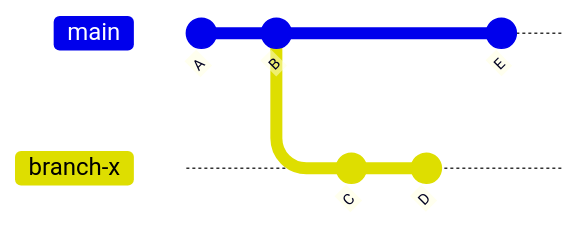
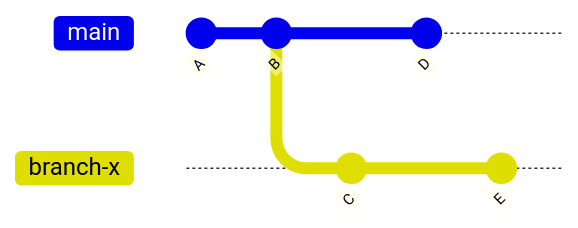
Before and after one commit to ekulno/presentations: the second of 4 diagrams in git/slides.md, drawn with Mermaid. The commit also changed other lines of this file, not shown here.

````diff
--- a/git/slides.md
+++ b/git/slides.md
@@ -66,11 +73,12 @@
 ```mermaid +render
 gitGraph
    commit id: "A"
    commit id: "B"
    branch branch-x
    checkout branch-x
    commit id: "C"
+   checkout main
    commit id: "D"
-   checkout main
+   checkout branch-x
    commit id: "E"
 ```
````
